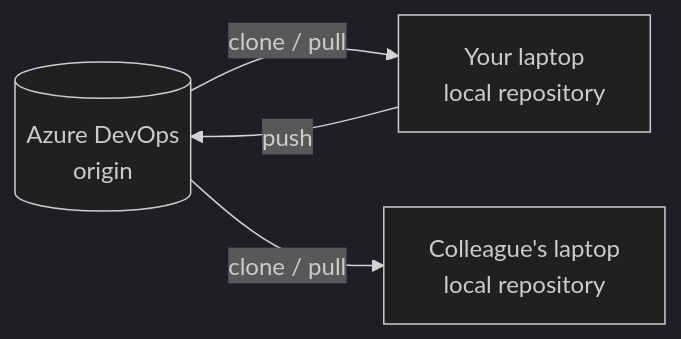
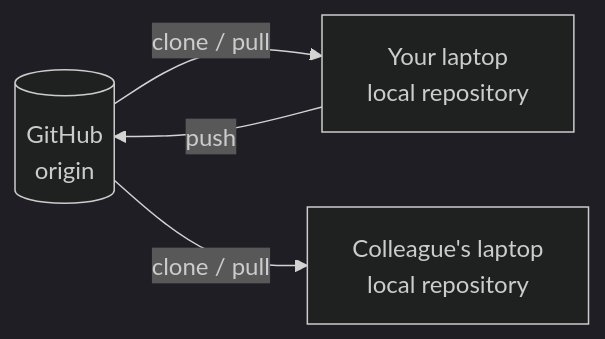
One commit to datamindedacademy/ac-python-and-git-101 changed the third of 3 diagrams in slides/parts/07-version-control.md. Above: the diagram before and after it, drawn with Mermaid (dark theme). The commit also changed other lines of this file and 18 other files, not shown here.

First line of the commit message:
Use GitHub on day 1 and add a slide on command line versus VS Code

````diff
--- a/slides/parts/07-version-control.md
+++ b/slides/parts/07-version-control.md
@@ -266,9 +266,9 @@
 ```mermaid {scale: 1.0}
 flowchart LR
-    R[("Azure DevOps<br/>origin")]
+    R[("GitHub<br/>origin")]
     A["Your laptop<br/>local repository"]
     B["Colleague's laptop<br/>local repository"]
     A -- "push" --> R
     R -- "clone / pull" --> A
     R -- "clone / pull" --> B
 ```
````
